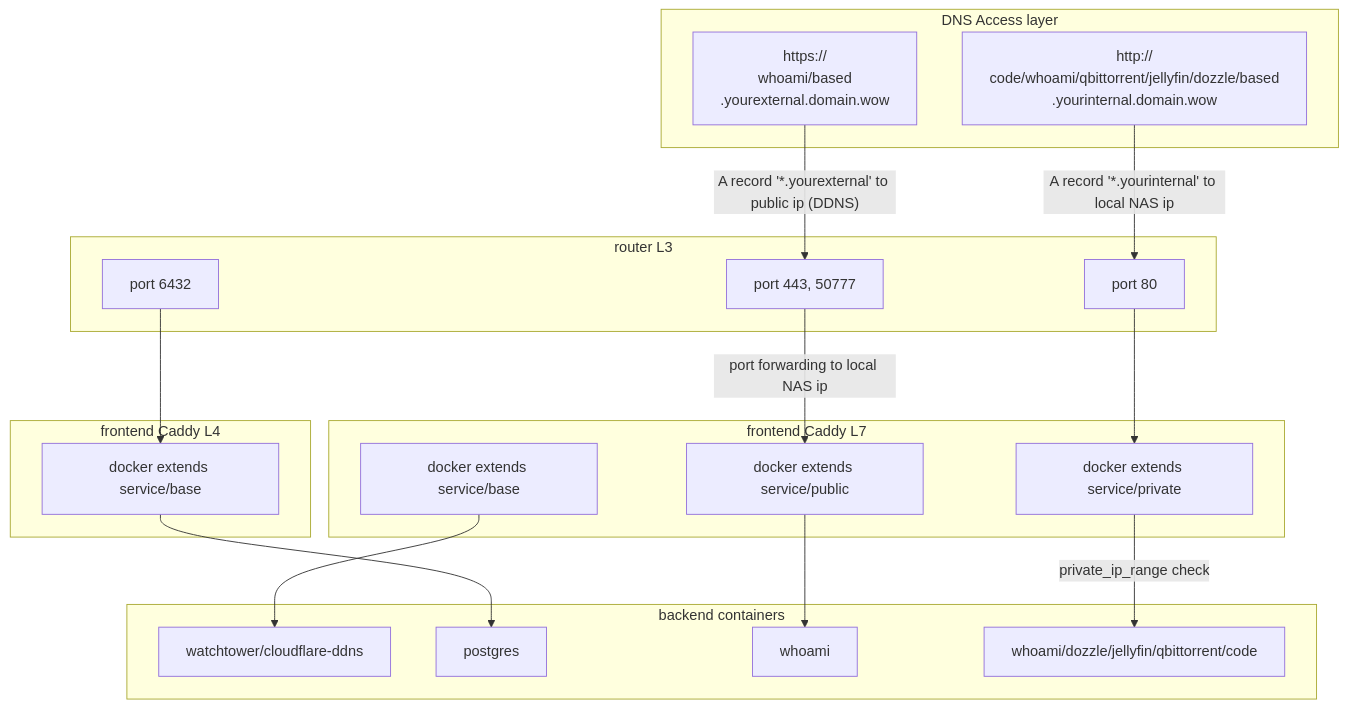
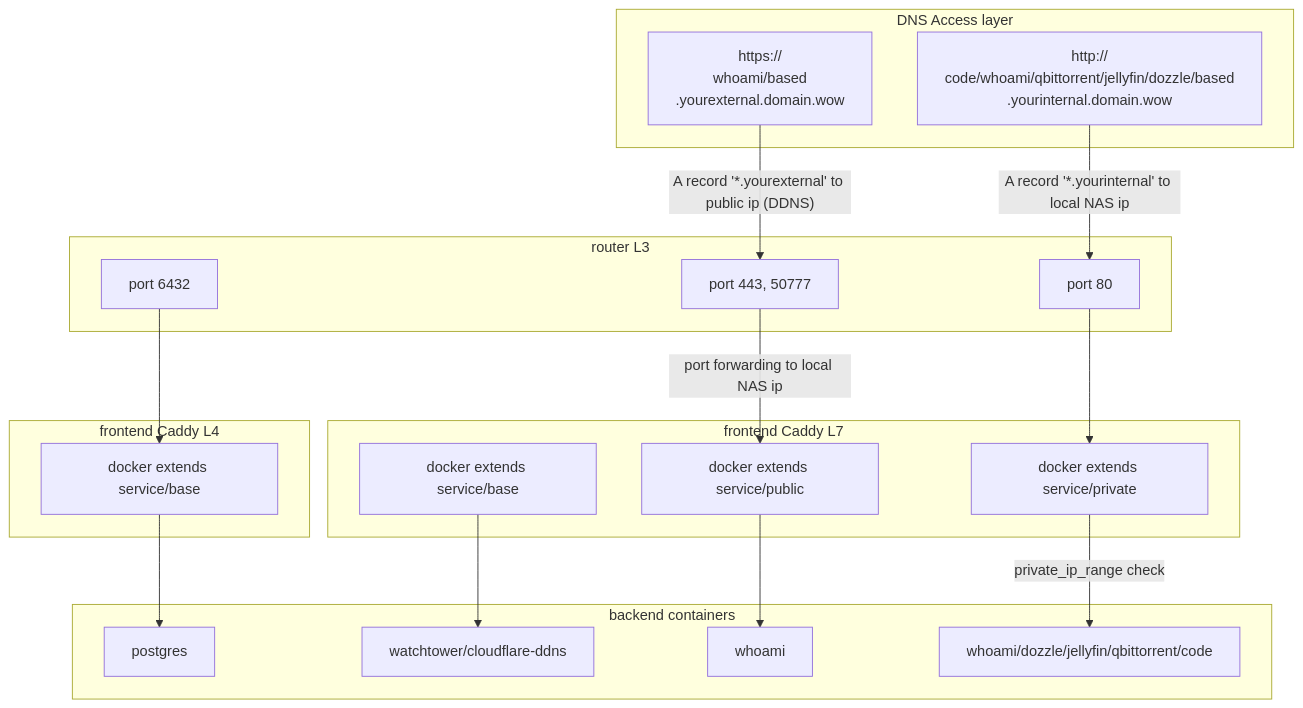
One commit to erwinkramer/synology-nas-bootstrapper changed the diagram in README.md. Above: the diagram before and after it, drawn with Mermaid. The commit also changed other lines of this file, not shown here.

Commit message:
fix mermaid order

````diff
--- a/README.md
+++ b/README.md
@@ -14,48 +14,48 @@
 ```mermaid
 flowchart TD
 
 subgraph access[DNS Access layer]
 privateservices[http://
 code/whoami/qbittorrent/jellyfin/dozzle/based
 .yourinternal.domain.wow
 ]
 externalservices[https://
 whoami/based
 .yourexternal.domain.wow
 ]
 end
 
 subgraph router L3
 6432[port 6432]
 80[port 80]
 forwardedports[port 443, 50777]
 end
 
 subgraph cr7[frontend Caddy L7]
 extendspe[docker extends service/private]
 extendspub[docker extends service/public]
 
 extendscr7[docker extends service/base]
 end
 
 subgraph cr4[frontend Caddy L4]
 extendscr4[docker extends service/base]
 end
 
 subgraph cm[backend containers]
+postgres
 int[watchtower/cloudflare-ddns]
-postgres
 ext[whoami]
 prv[whoami/dozzle/jellyfin/qbittorrent/code]
 end
 
 privateservices -- A record '*.yourinternal' to local NAS ip  --> 80 --> extendspe
 
 6432 --> extendscr4
 externalservices -- A record '*.yourexternal' to public ip (DDNS) --> forwardedports -- port forwarding to local NAS ip --> extendspub
 extendscr7 --> int
 extendscr4 --> postgres
 
 extendspub --> ext
 extendspe -- private_ip_range check -->prv
 ```
````
